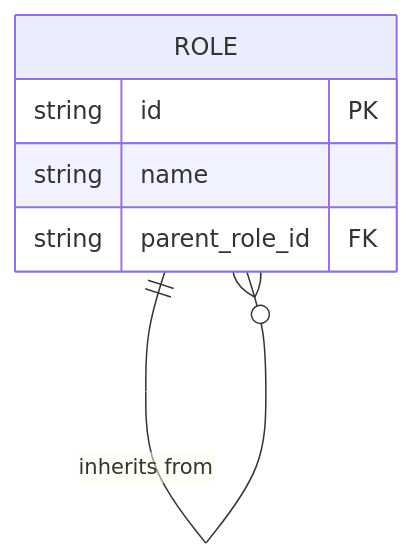
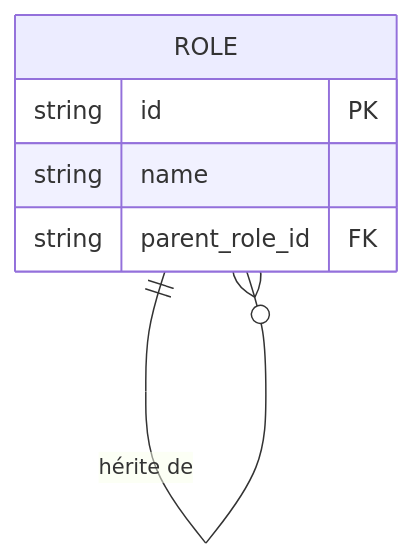
Before and after one commit to logto-io/auth-wiki: the second of 4 diagrams in src/content/terms/fr/rbac.mdx, drawn with Mermaid. The commit also changed other lines of this file and 98 other files, not shown here.

````diff
--- a/src/content/terms/fr/rbac.mdx
+++ b/src/content/terms/fr/rbac.mdx
@@ -98,10 +203,10 @@
 ```mermaid
 erDiagram
-  ROLE ||--o{ ROLE : "inherits from"
+  ROLE ||--o{ ROLE : "hérite de"
   
   ROLE {
       string id PK
       string name
       string parent_role_id FK
   }
 ```
````
